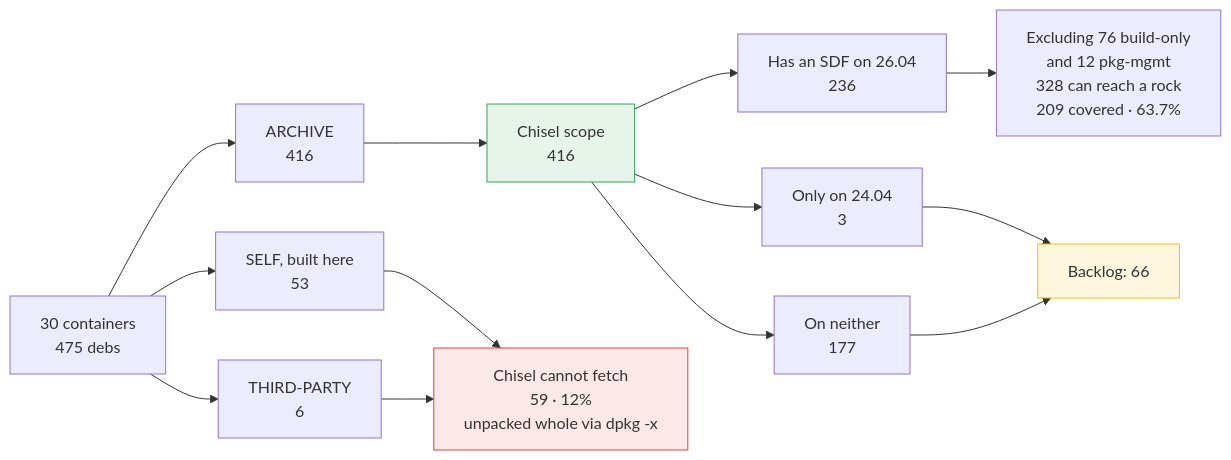
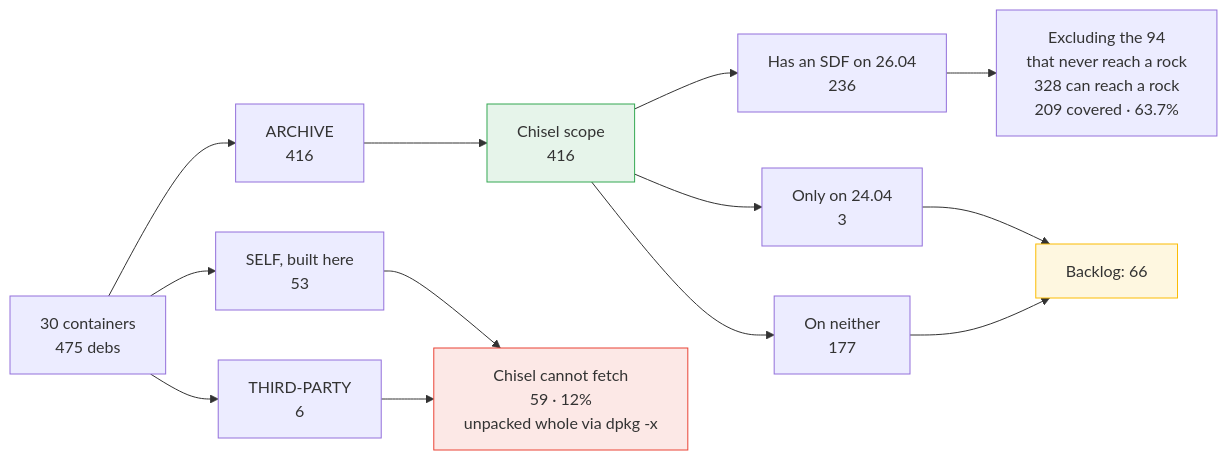
One commit to canonical/sonic-buildimage changed the second of 3 diagrams in docs/superpowers/2026-09-21-resolute-sonic-chisel-blueprint-en.md. Above: the diagram before and after it, drawn with Mermaid. The commit also changed other lines of this file and 1 other file, not shown here.

````diff
--- a/docs/superpowers/2026-09-21-resolute-sonic-chisel-blueprint-en.md
+++ b/docs/superpowers/2026-09-21-resolute-sonic-chisel-blueprint-en.md
@@ -69,19 +69,19 @@
 ```mermaid
 graph LR
     A["30 containers<br/>475 debs"]
     A --> R1["ARCHIVE<br/>416"]
     A --> R3["SELF, built here<br/>53"]
     A --> R4["THIRD-PARTY<br/>6"]
     R1 --> S["Chisel scope<br/>416"]
     R3 --> X["Chisel cannot fetch<br/>59 · 12%<br/>unpacked whole via dpkg -x"]
     R4 --> X
     S --> S1["Has an SDF on 26.04<br/>236"]
     S --> S2["Only on 24.04<br/>3"]
     S --> S3["On neither<br/>177"]
-    S1 --> Y["Excluding 76 build-only<br/>and 12 pkg-mgmt<br/>328 can reach a rock<br/>209 covered · 63.7%"]
+    S1 --> Y["Excluding the 94<br/>that never reach a rock<br/>328 can reach a rock<br/>209 covered · 63.7%"]
     S2 --> Z["Backlog: 66"]
     S3 --> Z
     style S fill:#e6f4ea,stroke:#34a853
     style X fill:#fce8e6,stroke:#ea4335
     style Z fill:#fef7e0,stroke:#fbbc04
 ```
````
